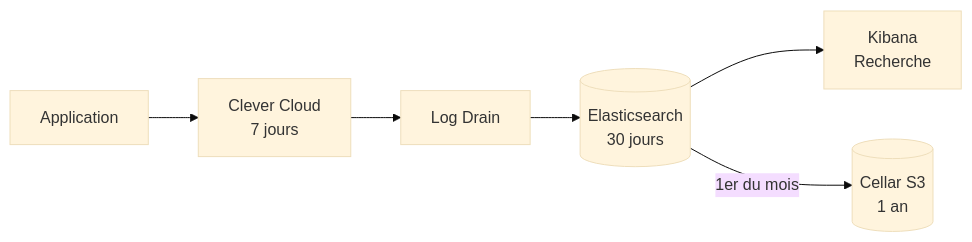
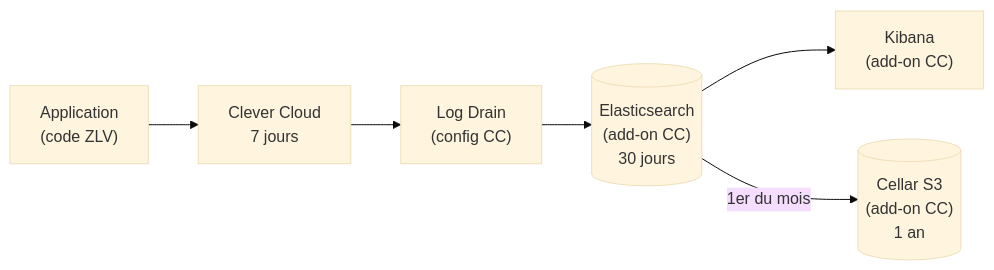
Before and after one commit to MTES-MCT/zero-logement-vacant: the third of 3 diagrams in docs/technical/DE-Dossier-Exploitation.md, drawn with Mermaid (base theme). The commit also changed other lines of this file and 4 other files, not shown here.

````diff
--- a/docs/technical/DE-Dossier-Exploitation.md
+++ b/docs/technical/DE-Dossier-Exploitation.md
@@ -695,8 +697,8 @@
 ```mermaid
 flowchart LR
-    App["Application"] --> CC["Clever Cloud<br/>7 jours"]
-    CC --> Drain["Log Drain"]
-    Drain --> ES[("Elasticsearch<br/>30 jours")]
-    ES --> Kibana["Kibana<br/>Recherche"]
-    ES -->|1er du mois| S3[("Cellar S3<br/>1 an")]
+    App["Application<br/>(code ZLV)"] --> CC["Clever Cloud<br/>7 jours"]
+    CC --> Drain["Log Drain<br/>(config CC)"]
+    Drain --> ES[("Elasticsearch<br/>(add-on CC)<br/>30 jours")]
+    ES --> Kibana["Kibana<br/>(add-on CC)"]
+    ES -->|1er du mois| S3[("Cellar S3<br/>(add-on CC)<br/>1 an")]
 ```
````
